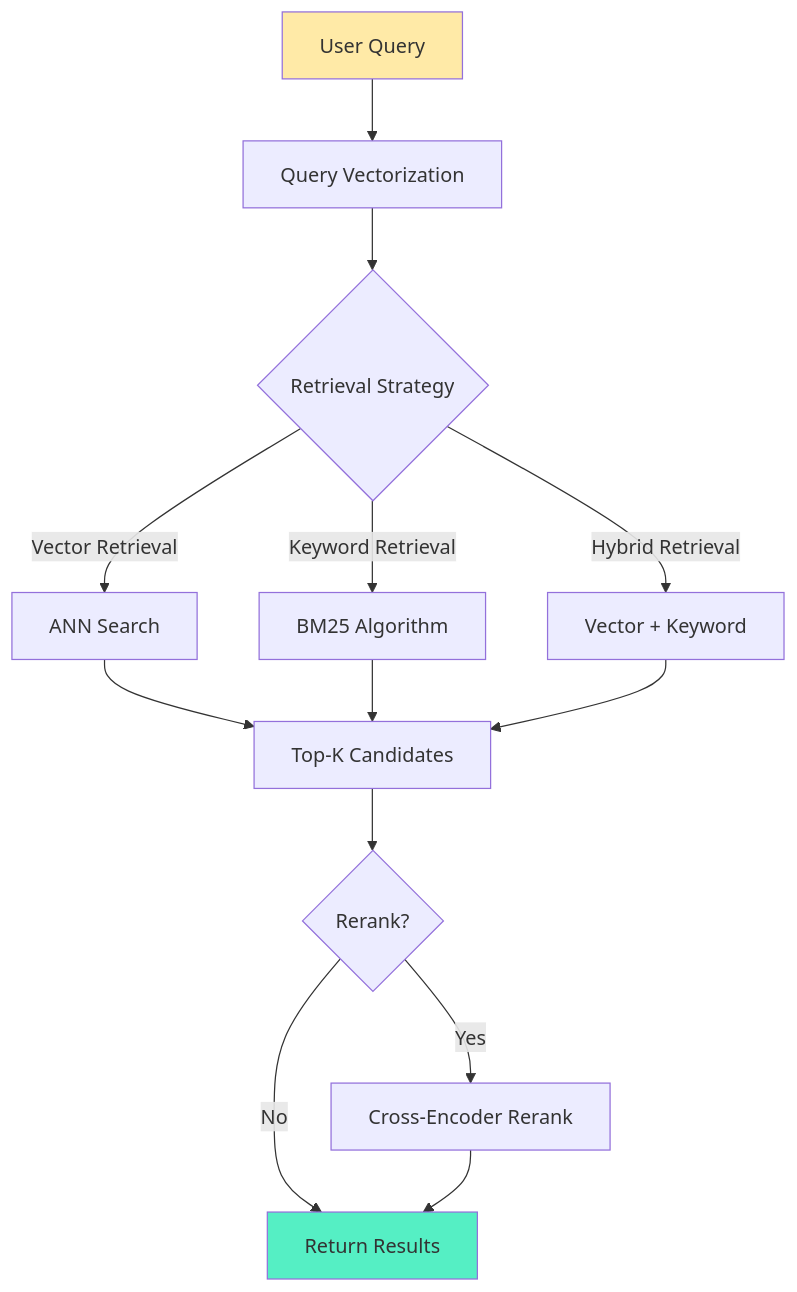
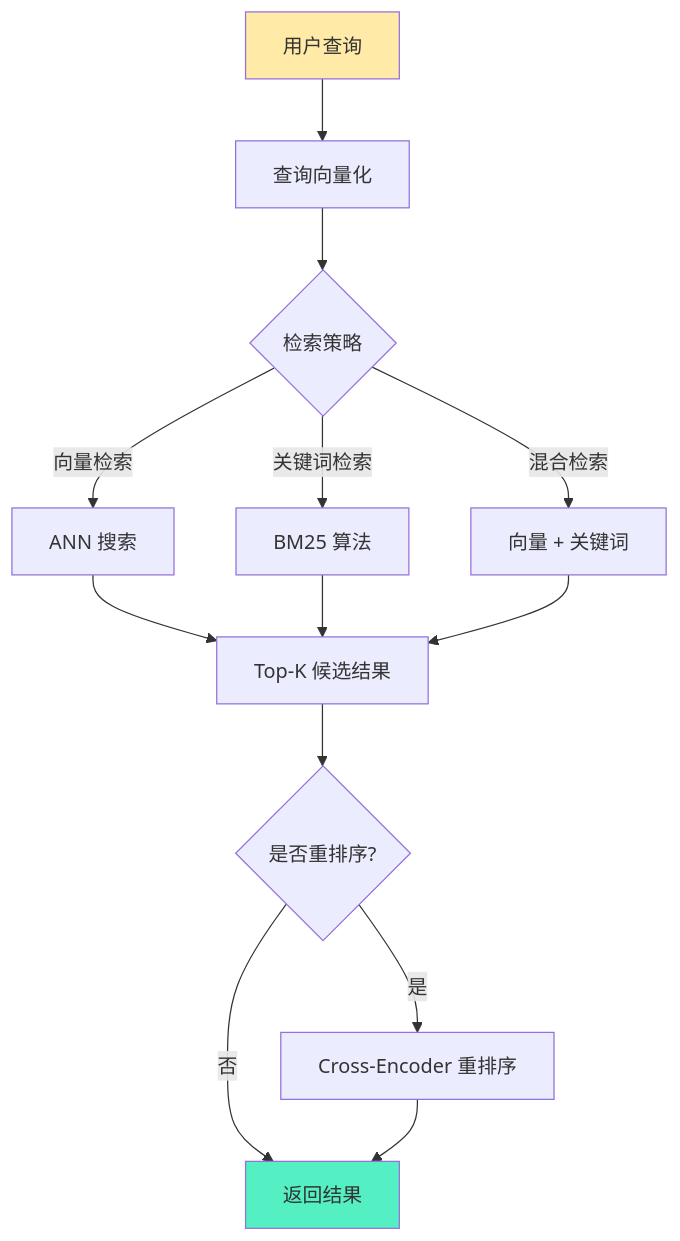
The tenth of 15 diagrams in i18n/zh-Hans/docusaurus-plugin-content-docs/current/ai/rag/01-introduction.mdx (YiWang24/AiDIY), drawn with Mermaid before and after one commit. The commit also changed other lines of this file and 59 other files, not shown here.

````diff
--- a/i18n/zh-Hans/docusaurus-plugin-content-docs/current/ai/rag/01-introduction.mdx
+++ b/i18n/zh-Hans/docusaurus-plugin-content-docs/current/ai/rag/01-introduction.mdx
@@ -897,22 +897,22 @@
 ```mermaid
 flowchart TB
-    A["User Query"] --> B["Query Vectorization"]
-    B --> C{"Retrieval Strategy"}
+    A["用户查询"] --> B["查询向量化"]
+    B --> C{"检索策略"}
 
-    C -->|Vector Retrieval| D["ANN Search"]
-    C -->|Keyword Retrieval| E["BM25 Algorithm"]
-    C -->|Hybrid Retrieval| F["Vector + Keyword"]
+    C -->|向量检索| D["ANN 搜索"]
+    C -->|关键词检索| E["BM25 算法"]
+    C -->|混合检索| F["向量 + 关键词"]
 
-    D --> G["Top-K Candidates"]
+    D --> G["Top-K 候选结果"]
     E --> G
     F --> G
 
-    G --> H{"Rerank?"}
-    H -->|Yes| I["Cross-Encoder Rerank"]
-    H -->|No| J["Return Results"]
+    G --> H{"是否重排序?"}
+    H -->|是| I["Cross-Encoder 重排序"]
+    H -->|否| J["返回结果"]
 
     I --> J
 
     style A fill:#ffeaa7
     style J fill:#55efc4
 ```
````
